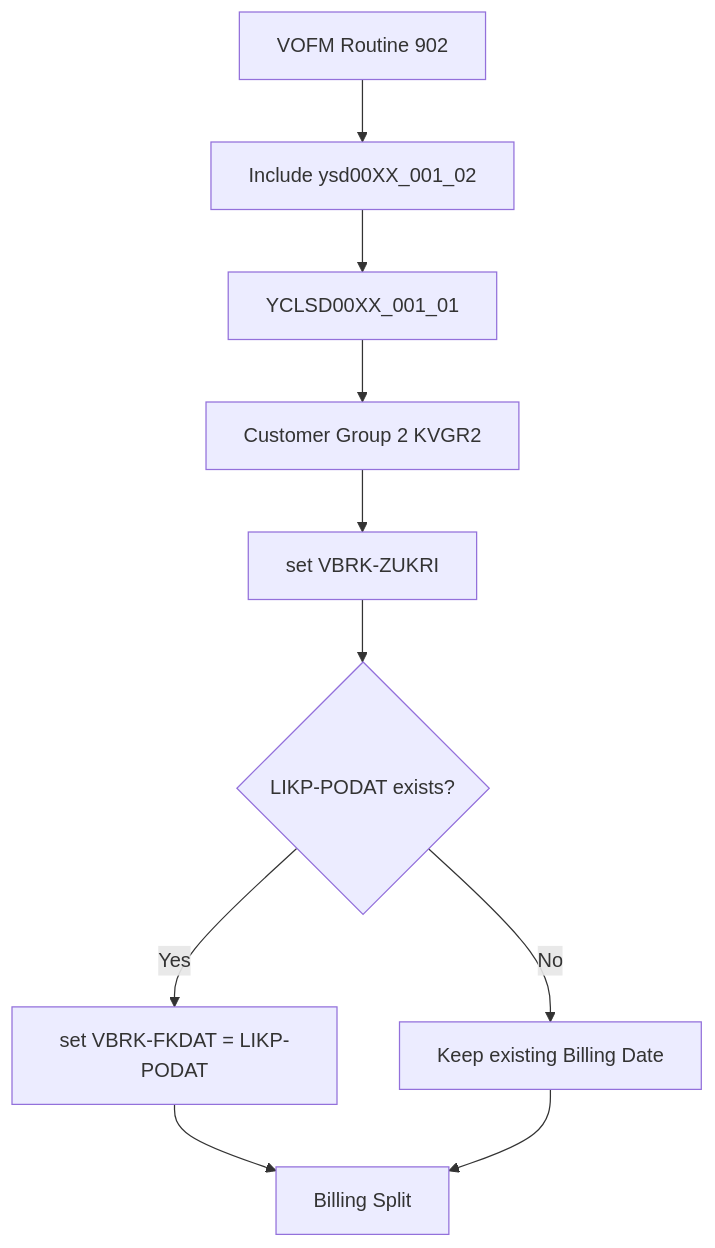
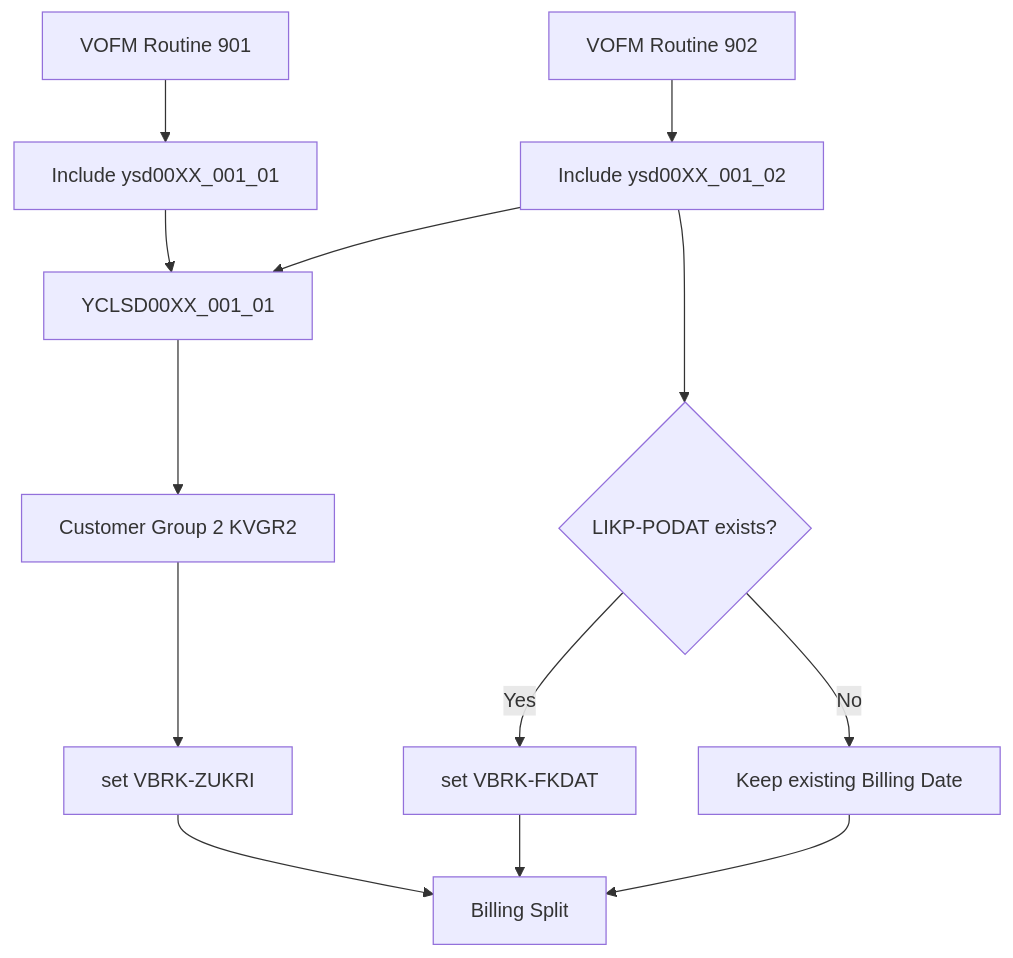
The diagram in sap/abap/Classical/demo1/README.md (blackif/demo), drawn with Mermaid before and after one commit. The commit also changed other lines of this file, not shown here.

````diff
--- a/sap/abap/Classical/demo1/README.md
+++ b/sap/abap/Classical/demo1/README.md
@@ -72,12 +22,15 @@
 ```mermaid
 flowchart TD
-    A2[VOFM Routine 902] --> B2[Include ysd00XX_001_02]
-    B2 --> C2[YCLSD00XX_001_01]
-    C2 --> D2[Customer Group 2 KVGR2]
-    D2 --> E2[set VBRK-ZUKRI]
-    E2 --> F2{LIKP-PODAT exists?}
-    F2 -- Yes --> G2[set VBRK-FKDAT = LIKP-PODAT]
-    F2 -- No --> H2[Keep existing Billing Date]
-    G2 --> I2[Billing Split]
-    H2 --> I2
+    A[VOFM Routine 901] --> B[Include ysd00XX_001_01]
+    C[VOFM Routine 902] --> D[Include ysd00XX_001_02]
+    B --> E[YCLSD00XX_001_01]
+    D --> E
+    E --> F[Customer Group 2 KVGR2]
+    F --> G[set VBRK-ZUKRI]
+    G --> H[Billing Split]
+    D --> I{LIKP-PODAT exists?}
+    I -- Yes --> J[set VBRK-FKDAT]
+    I -- No --> K[Keep existing Billing Date]
+    J --> H
+    K --> H
 ```
````
